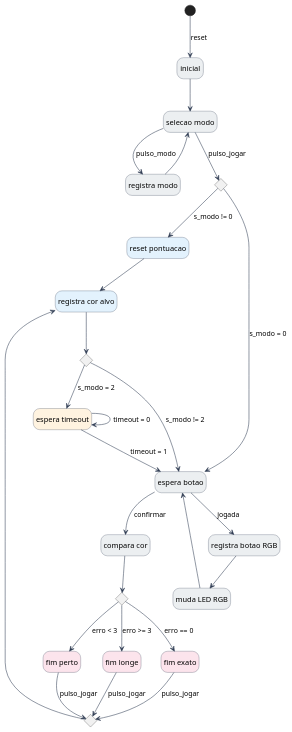
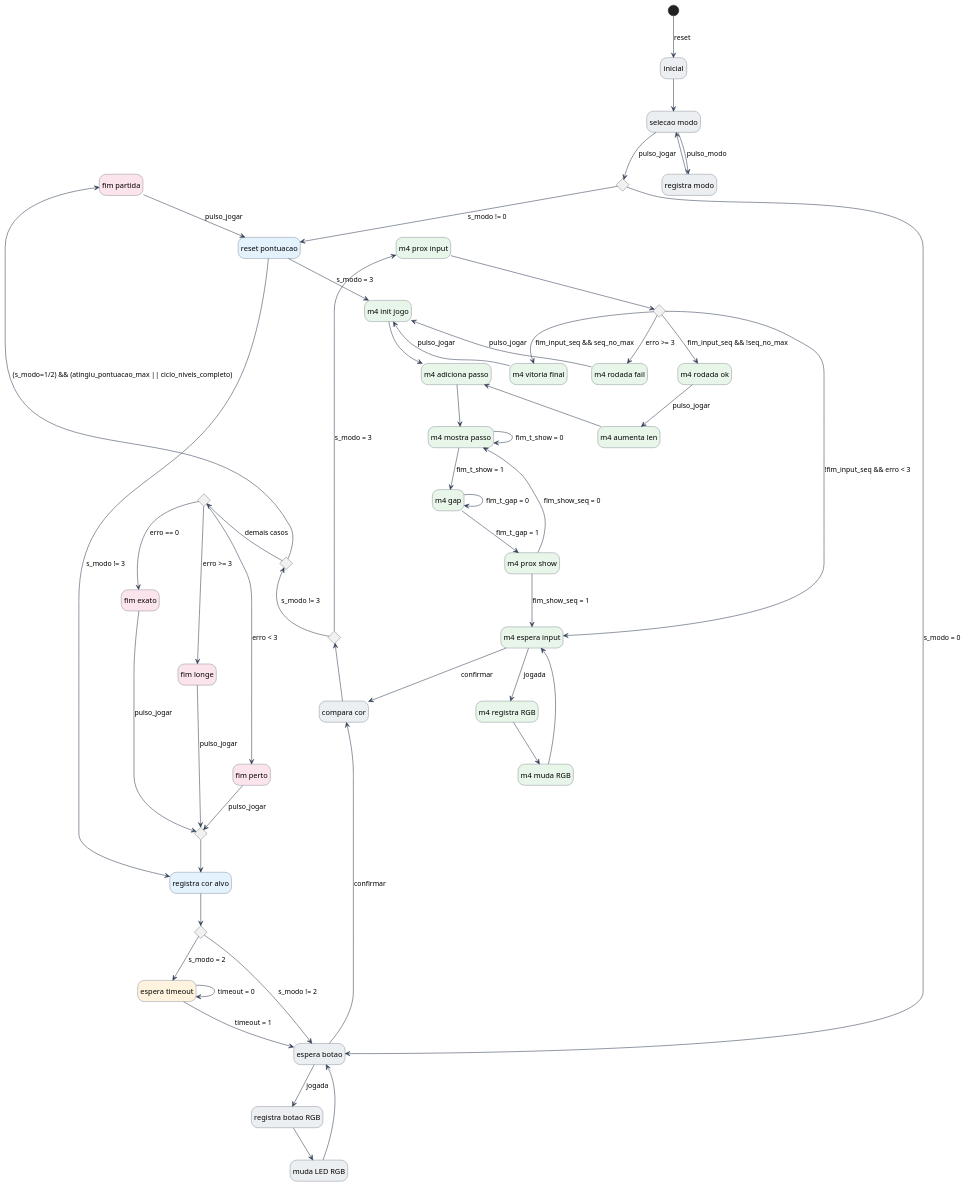
The diagram in uc_fsm_semana3.puml (gustavoaureliano/rgb-explorer), drawn with PlantUML before and after one commit. The commit also changed 5 other files, not shown here.

Commit message:
update FSM diagram and add image assets

```diff
--- a/uc_fsm_semana3.puml
+++ b/uc_fsm_semana3.puml
@@ -1,73 +1,127 @@
 @startuml
 hide empty description
 top to bottom direction
 
 skinparam state {
   BackgroundColor #F8F9FA
   BorderColor #2F3B52
   ArrowColor #2F3B52
   FontName Arial
 
   BackgroundColor<<base>> #ECEFF1
   BackgroundColor<<m23>>  #E3F2FD
   BackgroundColor<<m3>>   #FFF3E0
+  BackgroundColor<<m4>>   #E8F5E9
   BackgroundColor<<fim>>  #FCE4EC
 }
 
 state inicial <<base>>
 state "selecao modo" as sel_modo <<base>>
 state "registra modo" as reg_modo <<base>>
 
 state "reset pontuacao" as rst_pontos <<m23>>
 state "registra cor alvo" as reg_cor_alvo <<m23>>
 state "espera timeout" as espera_timeout <<m3>>
 
 state "espera botao" as espera_btn <<base>>
 state "registra botao RGB" as reg_rgb_btn <<base>>
 state "muda LED RGB" as muda_rgb <<base>>
 state "compara cor" as compara_cor <<base>>
 
 state "fim exato" as fim_exato <<fim>>
 state "fim perto" as fim_perto <<fim>>
 state "fim longe" as fim_longe <<fim>>
+state "fim partida" as fim_partida <<fim>>
+
+state "m4 init jogo" as m4_game_init <<m4>>
+state "m4 adiciona passo" as m4_add_step <<m4>>
+state "m4 mostra passo" as m4_show_step <<m4>>
+state "m4 gap" as m4_show_gap <<m4>>
+state "m4 prox show" as m4_next_show <<m4>>
+state "m4 espera input" as m4_wait_input <<m4>>
+state "m4 registra RGB" as m4_reg_rgb_btn <<m4>>
+state "m4 muda RGB" as m4_muda_rgb <<m4>>
+state "m4 prox input" as m4_next_input <<m4>>
+state "m4 rodada ok" as m4_round_ok <<m4>>
+state "m4 aumenta len" as m4_add_len <<m4>>
+state "m4 rodada fail" as m4_round_fail <<m4>>
+state "m4 vitoria final" as m4_vitoria_final <<m4>>
 
 state d_modo <<choice>>
 state d_timeout <<choice>>
+state d_compara <<choice>>
+state d_end_m23 <<choice>>
 state d_erro <<choice>>
 state proxima_rodada <<choice>>
+state d_m4_input <<choice>>
 
 [*] --> inicial : reset
 inicial --> sel_modo
 
 sel_modo --> reg_modo : pulso_modo
 reg_modo --> sel_modo
 
 sel_modo --> d_modo : pulso_jogar
 d_modo --> espera_btn : s_modo = 0
 d_modo --> rst_pontos : s_modo != 0
 
-rst_pontos --> reg_cor_alvo
+rst_pontos --> reg_cor_alvo : s_modo != 3
+rst_pontos --> m4_game_init : s_modo = 3
 reg_cor_alvo --> d_timeout
 
 d_timeout --> espera_timeout : s_modo = 2
 d_timeout --> espera_btn : s_modo != 2
 
 espera_timeout --> espera_timeout : timeout = 0
 espera_timeout --> espera_btn : timeout = 1
 
 espera_btn --> reg_rgb_btn : jogada
 reg_rgb_btn --> muda_rgb
 muda_rgb --> espera_btn
 
-espera_btn --> compara_cor : confirmar
-compara_cor --> d_erro
+espera_btn -down-> compara_cor : confirmar
+m4_wait_input --> m4_reg_rgb_btn : jogada
+m4_reg_rgb_btn --> m4_muda_rgb
+m4_muda_rgb --> m4_wait_input
+m4_wait_input -down-> compara_cor : confirmar
+
+compara_cor -up-> d_compara
+d_compara -up-> m4_next_input : s_modo = 3
+d_compara -up-> d_end_m23 : s_modo != 3
+
+d_end_m23 -up-> fim_partida : (s_modo=1/2) && (atingiu_pontuacao_max || ciclo_niveis_completo)
+d_end_m23 -up-> d_erro : demais casos
 
 d_erro --> fim_exato : erro == 0
 d_erro --> fim_perto : erro < 3
 d_erro --> fim_longe : erro >= 3
 
 fim_exato --> proxima_rodada : pulso_jogar
 fim_perto --> proxima_rodada : pulso_jogar
 fim_longe --> proxima_rodada : pulso_jogar
 proxima_rodada --> reg_cor_alvo
+fim_partida --> rst_pontos : pulso_jogar
+
+m4_game_init -down-> m4_add_step
+m4_add_step -down-> m4_show_step
+m4_show_step --> m4_show_step : fim_t_show = 0
+m4_show_step -down-> m4_show_gap : fim_t_show = 1
+m4_show_gap --> m4_show_gap : fim_t_gap = 0
+m4_show_gap -down-> m4_next_show : fim_t_gap = 1
+m4_next_show -up-> m4_show_step : fim_show_seq = 0
+m4_next_show -down-> m4_wait_input : fim_show_seq = 1
+
+m4_next_input --> d_m4_input
+d_m4_input --> m4_round_fail : erro >= 3
+d_m4_input --> m4_vitoria_final : fim_input_seq && seq_no_max
+d_m4_input --> m4_round_ok : fim_input_seq && !seq_no_max
+d_m4_input --> m4_wait_input : !fim_input_seq && erro < 3
+
+m4_round_ok -down-> m4_add_len : pulso_jogar
+m4_add_len -up-> m4_add_step
+m4_round_fail -up-> m4_game_init : pulso_jogar
+m4_vitoria_final -up-> m4_game_init : pulso_jogar
+
+reg_cor_alvo -[hidden]right-> m4_game_init
+compara_cor -[hidden]down-> fim_perto
 @enduml
```
